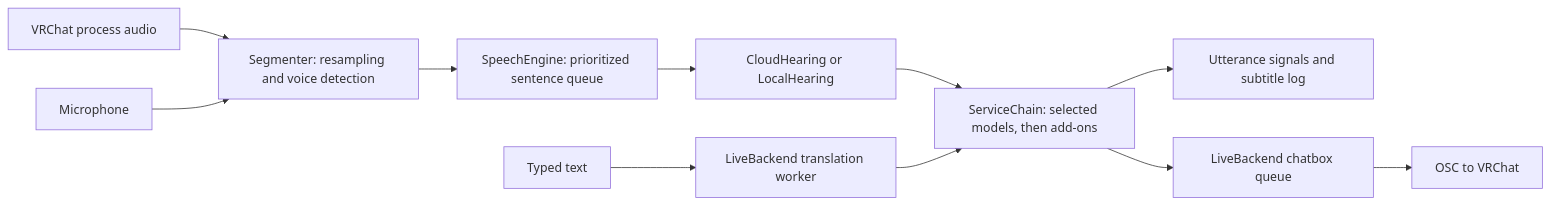
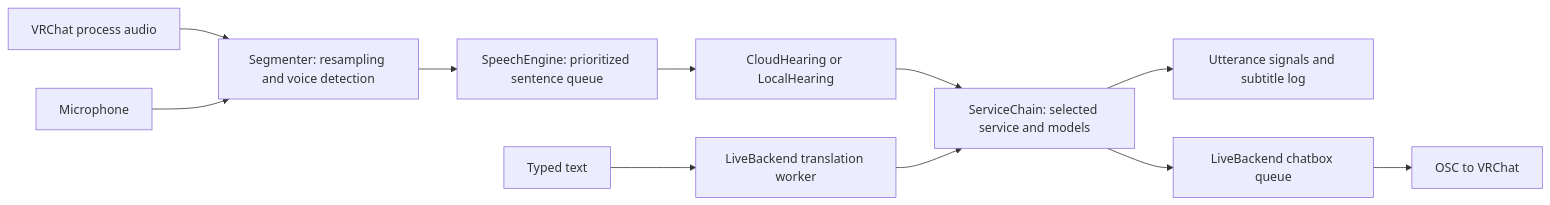
One commit to SentoMinh/ART-Asia-realtime-Translator changed the diagram in CODEBASE.md. Above: the diagram before and after it, drawn with Mermaid. The commit also changed other lines of this file and 11 other files, not shown here.

````diff
--- a/CODEBASE.md
+++ b/CODEBASE.md
@@ -42,13 +44,13 @@
 ```mermaid
 flowchart LR
     A[VRChat process audio] --> C[Segmenter: resampling and voice detection]
     B[Microphone] --> C
     C --> D[SpeechEngine: prioritized sentence queue]
     D --> E[CloudHearing or LocalHearing]
-    E --> F[ServiceChain: selected models, then add-ons]
+    E --> F[ServiceChain: selected service and models]
     F --> G[Utterance signals and subtitle log]
     F --> H[LiveBackend chatbox queue]
     I[Typed text] --> J[LiveBackend translation worker]
     J --> F
     H --> K[OSC to VRChat]
 ```
````
